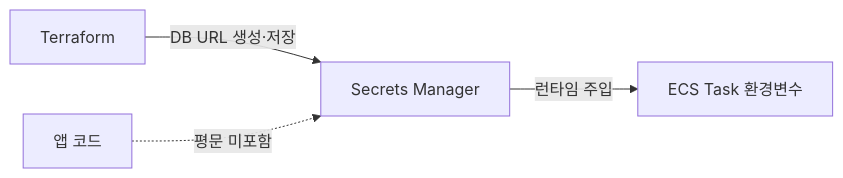
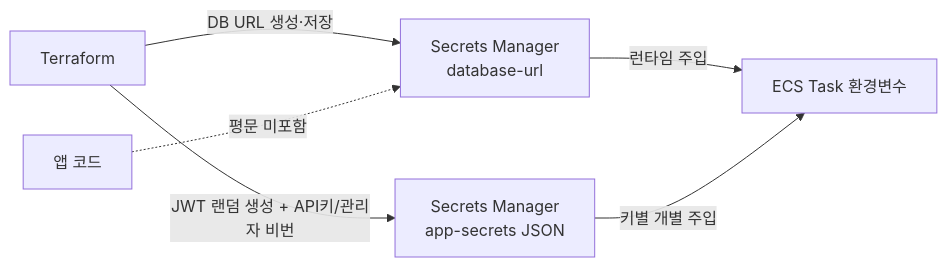
The fifth of 6 diagrams in INFRASTRUCTURE.md (ggaeun324-wq/pawtrace-docs), drawn with Mermaid before and after one commit. The commit also changed other lines of this file and 6 other files, not shown here.

````diff
--- a/INFRASTRUCTURE.md
+++ b/INFRASTRUCTURE.md
@@ -172,6 +213,8 @@
 ```mermaid
 flowchart LR
-    TF[Terraform] -->|DB URL 생성·저장| SM[Secrets Manager]
-    SM -->|런타임 주입| ECS[ECS Task 환경변수]
-    APP[앱 코드] -. 평문 미포함 .-> SM
+    TF[Terraform] -->|DB URL 생성·저장| SM1[Secrets Manager<br/>database-url]
+    TF -->|JWT 랜덤 생성 + API키/관리자 비번| SM2[Secrets Manager<br/>app-secrets JSON]
+    SM1 -->|런타임 주입| ECS[ECS Task 환경변수]
+    SM2 -->|키별 개별 주입| ECS
+    APP[앱 코드] -. 평문 미포함 .-> SM1
 ```
````
